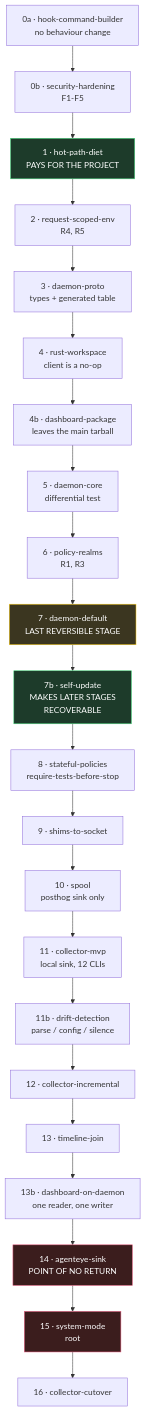
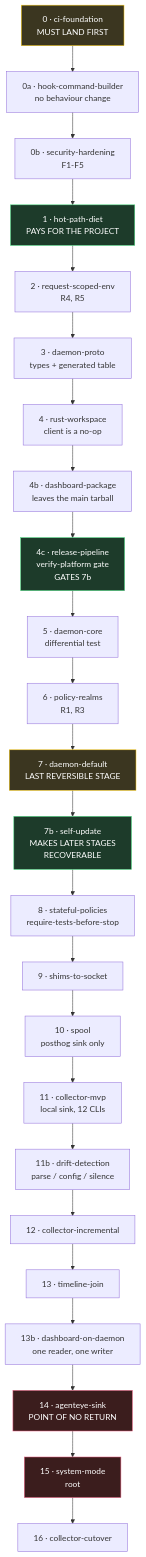
The ninth of 9 diagrams in docs/superpowers/specs/2026-07-27-failproofaid-daemon-design.md (FailproofAI/failproofai), drawn with Mermaid before and after one commit. The commit also changed other lines of this file, not shown here.

````diff
--- a/docs/superpowers/specs/2026-07-27-failproofaid-daemon-design.md
+++ b/docs/superpowers/specs/2026-07-27-failproofaid-daemon-design.md
@@ -783,30 +970,34 @@
 ```mermaid
 flowchart TB
-    S0a["0a · hook-command-builder<br/>no behaviour change"] --> S0b["0b · security-hardening<br/>F1-F5"]
+    S0["0 · ci-foundation<br/>MUST LAND FIRST"] --> S0a["0a · hook-command-builder<br/>no behaviour change"]
+    S0a --> S0b["0b · security-hardening<br/>F1-F5"]
     S0b --> S1["1 · hot-path-diet<br/>PAYS FOR THE PROJECT"]
     S1 --> S2["2 · request-scoped-env<br/>R4, R5"]
     S2 --> S3["3 · daemon-proto<br/>types + generated table"]
     S3 --> S4["4 · rust-workspace<br/>client is a no-op"]
     S4 --> S4b["4b · dashboard-package<br/>leaves the main tarball"]
-    S4b --> S5["5 · daemon-core<br/>differential test"]
+    S4b --> S4c["4c · release-pipeline<br/>verify-platform gate<br/>GATES 7b"]
+    S4c --> S5["5 · daemon-core<br/>differential test"]
     S5 --> S6["6 · policy-realms<br/>R1, R3"]
     S6 --> S7["7 · daemon-default<br/>LAST REVERSIBLE STAGE"]
     S7 --> S7b["7b · self-update<br/>MAKES LATER STAGES<br/>RECOVERABLE"]
     S7b --> S8["8 · stateful-policies<br/>require-tests-before-stop"]
     S8 --> S9["9 · shims-to-socket"]
     S9 --> S10["10 · spool<br/>posthog sink only"]
     S10 --> S11["11 · collector-mvp<br/>local sink, 12 CLIs"]
     S11 --> S11b["11b · drift-detection<br/>parse / config / silence"]
     S11b --> S12["12 · collector-incremental"]
     S12 --> S13["13 · timeline-join"]
     S13 --> S13b["13b · dashboard-on-daemon<br/>one reader, one writer"]
     S13b --> S14["14 · agenteye-sink<br/>POINT OF NO RETURN"]
     S14 --> S15["15 · system-mode<br/>root"]
     S15 --> S16["16 · collector-cutover"]
 
+    style S0 fill:#3b3620,stroke:#facc15,color:#fff
     style S1 fill:#1d3b2a,stroke:#4ade80,color:#fff
+    style S4c fill:#1d3b2a,stroke:#4ade80,color:#fff
     style S7 fill:#3b3620,stroke:#facc15,color:#fff
     style S7b fill:#1d3b2a,stroke:#4ade80,color:#fff
     style S14 fill:#3b1d1d,stroke:#e4587c,color:#fff
     style S15 fill:#3b1d1d,stroke:#e4587c,color:#fff
 ```
````
